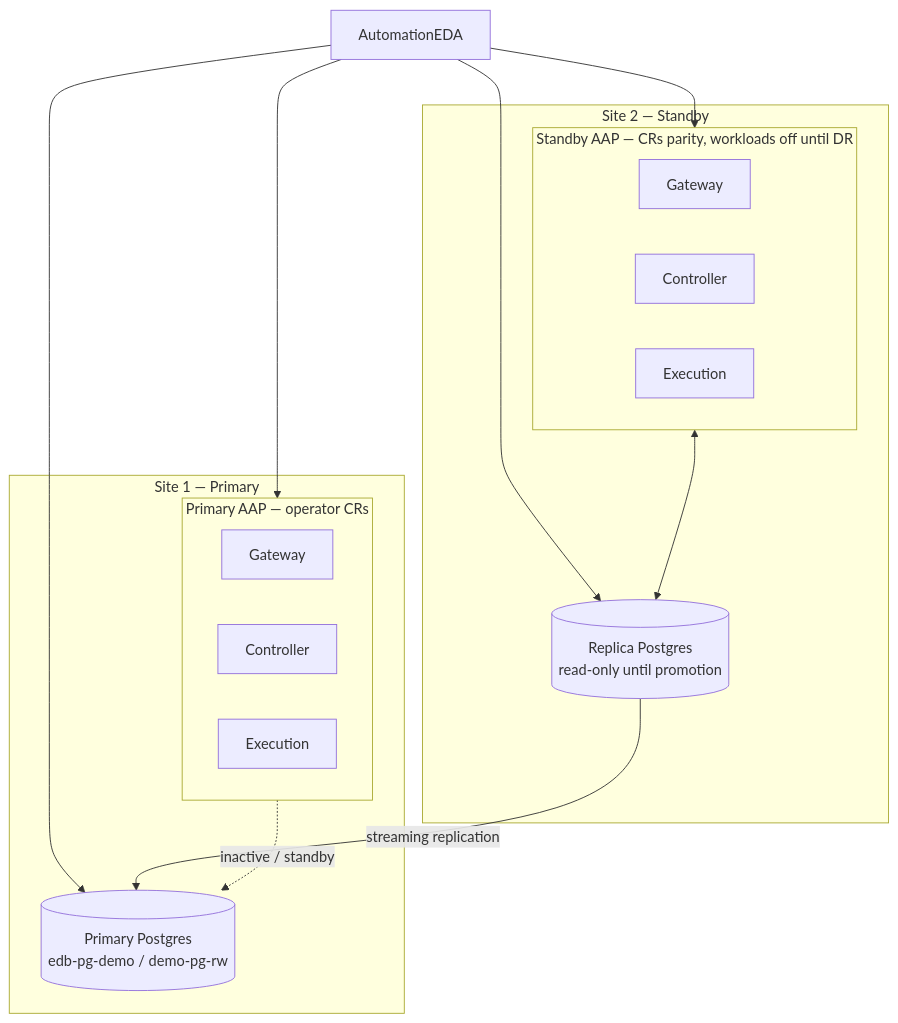
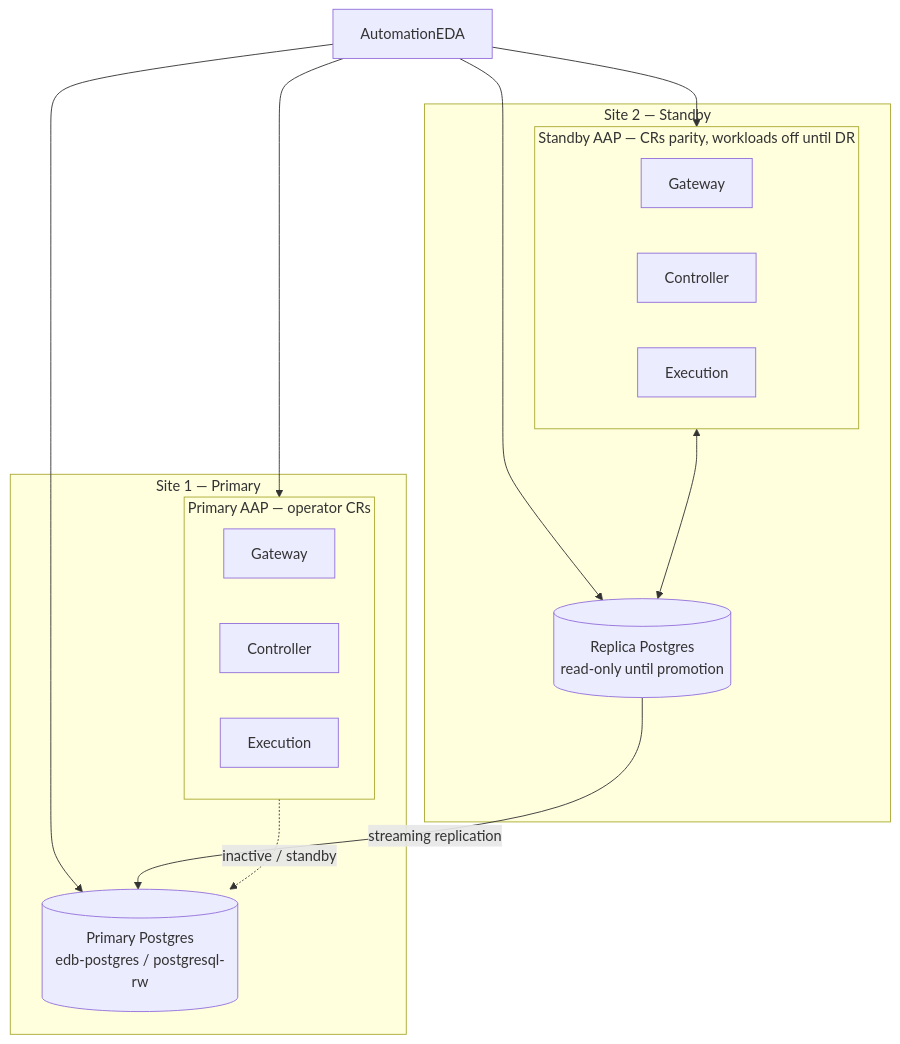
One commit to Red-Hat-EnterpriseDB-Testing/EDB_Testing changed the diagram in aap-deploy/README.md. Above: the diagram before and after it, drawn with Mermaid. The commit also changed other lines of this file and 19 other files, not shown here.

````diff
--- a/aap-deploy/README.md
+++ b/aap-deploy/README.md
@@ -16,31 +16,31 @@
 ```mermaid
 flowchart TB
   EDA[AutomationEDA]
 
   subgraph Site2[Site 2 — Standby]
     subgraph PAAP[Standby AAP — CRs parity, workloads off until DR]
       G1[Gateway]
       C1[Controller]
       X1[Execution]
     end
     PP[(Replica Postgres\nread-only until promotion)]
   end
 
   subgraph Site1[Site 1 — Primary]
     subgraph SAAP[Primary AAP — operator CRs]
       G2[Gateway]
       C2[Controller]
       X2[Execution]
     end
-    RP[(Primary Postgres\nedb-pg-demo / demo-pg-rw)]
+    RP[(Primary Postgres\nedb-postgres / postgresql-rw)]
   end
 
   EDA --> PAAP
   EDA --> PP
   EDA --> SAAP
   EDA --> RP
 
   PAAP <--> PP
   SAAP -.->|inactive / standby| RP
   PP -->|streaming replication| RP
 ```
````
